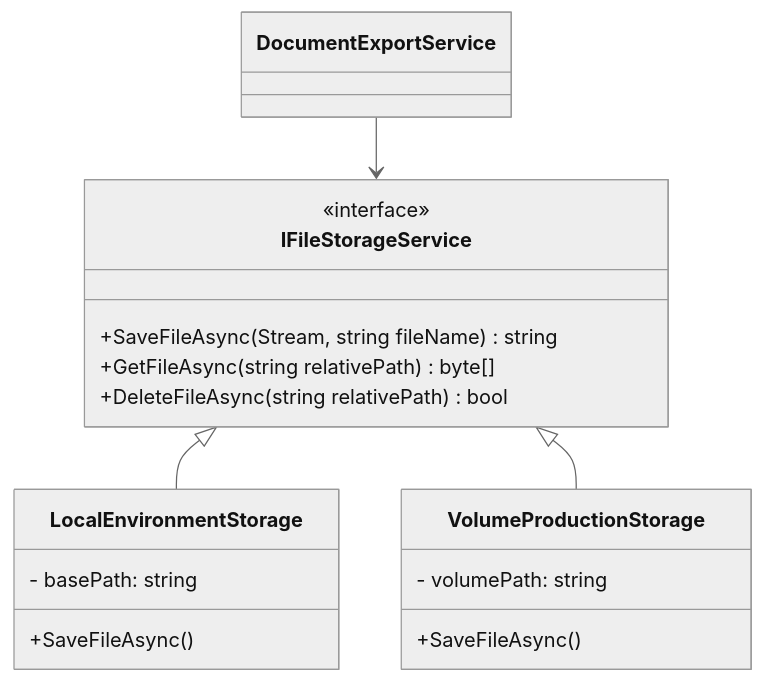
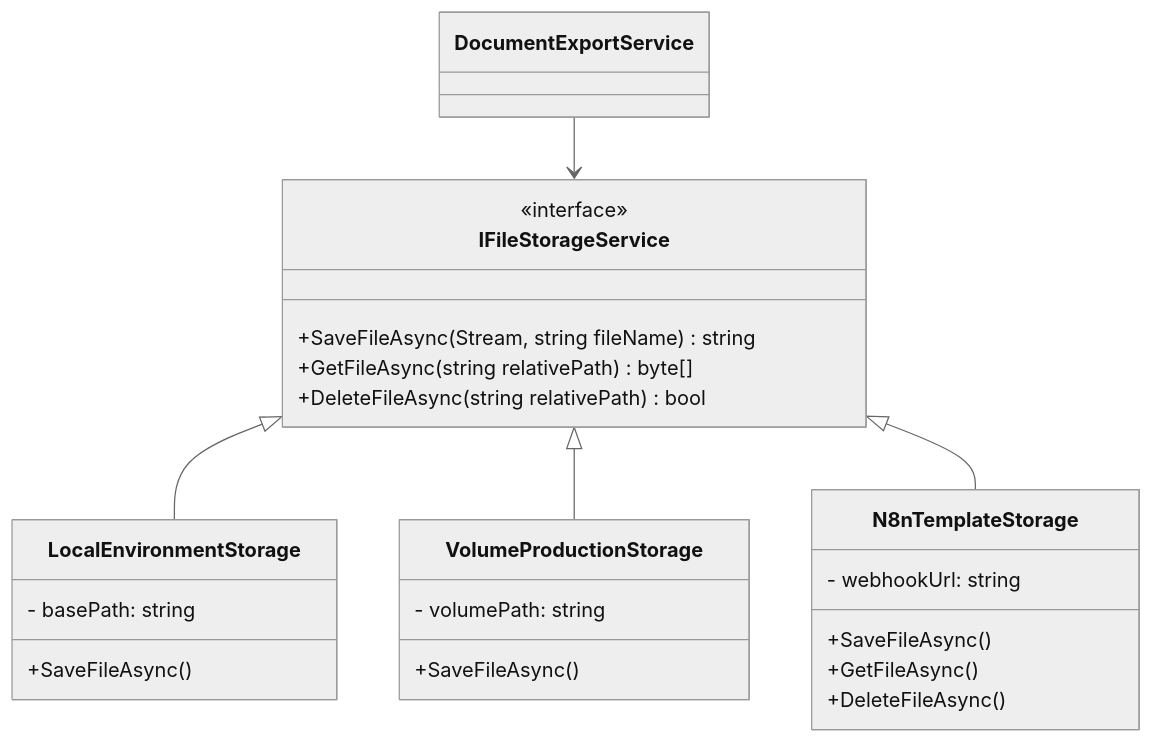
The first of 2 diagrams in docs/features/dotx_support/DISENO_TECNICO.md (jesusjbriceno/edificia), drawn with Mermaid (neutral theme) before and after one commit. The commit also changed other lines of this file and 7 other files, not shown here.

Commit message:
docs(dotx): add n8n template-storage spec and implementation roadmap

````diff
--- a/docs/features/dotx_support/DISENO_TECNICO.md
+++ b/docs/features/dotx_support/DISENO_TECNICO.md
@@ -26,20 +29,27 @@
 ```mermaid
 classDiagram
     class IFileStorageService {
         <<interface>>
         +SaveFileAsync(Stream, string fileName) string
         +GetFileAsync(string relativePath) byte[]
         +DeleteFileAsync(string relativePath) bool
     }
     class LocalEnvironmentStorage {
         - basePath: string
         +SaveFileAsync()
     }
     class VolumeProductionStorage {
         - volumePath: string
         +SaveFileAsync()
     }
+    class N8nTemplateStorage {
+        - webhookUrl: string
+        +SaveFileAsync()
+        +GetFileAsync()
+        +DeleteFileAsync()
+    }
     IFileStorageService <|-- LocalEnvironmentStorage
     IFileStorageService <|-- VolumeProductionStorage
+    IFileStorageService <|-- N8nTemplateStorage
     DocumentExportService --> IFileStorageService
 ```
````
